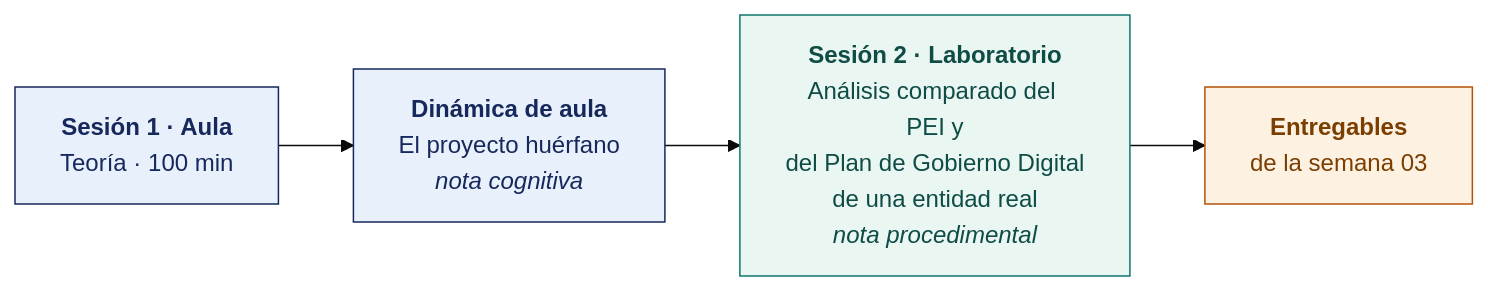
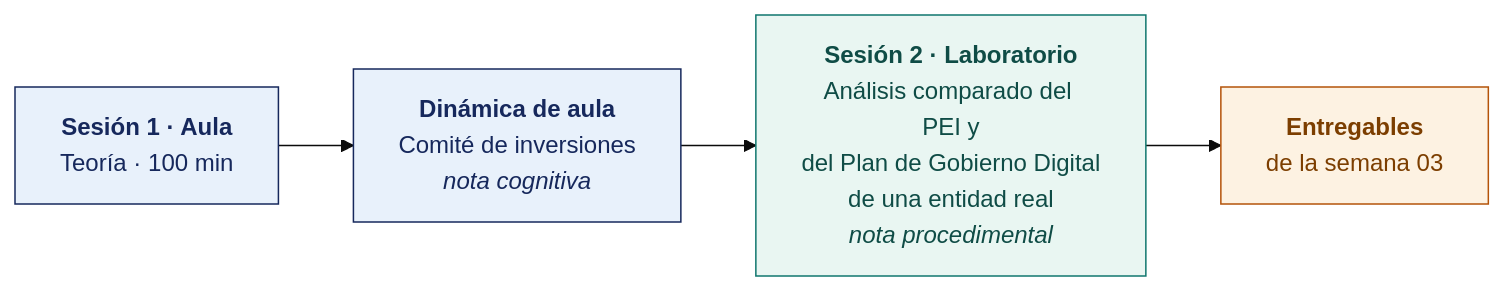
The diagram in SEMANA-03/README.md (OscarJimenezFlores/PETI), drawn with Mermaid (base theme) before and after one commit. The commit also changed other lines of this file and 48 other files, not shown here.

````diff
--- a/SEMANA-03/README.md
+++ b/SEMANA-03/README.md
@@ -49,14 +49,14 @@
 ```mermaid
 flowchart LR
     A["<b>Sesión 1 · Aula</b><br/>Teoría · 100 min"]
-    B["<b>Dinámica de aula</b><br/>El proyecto huérfano<br/><i>nota cognitiva</i>"]
+    B["<b>Dinámica de aula</b><br/>Comité de inversiones<br/><i>nota cognitiva</i>"]
     C["<b>Sesión 2 · Laboratorio</b><br/>Análisis comparado del PEI y<br/>del Plan de Gobierno Digital<br/>de una entidad real<br/><i>nota procedimental</i>"]
     D["<b>Entregables</b><br/>de la semana 03"]
     A --> B --> C --> D
     classDef aula fill:#E8F1FB,stroke:#16285C,stroke-width:1px,color:#16285C;
     classDef lab fill:#E9F6F2,stroke:#0F766E,stroke-width:1px,color:#0F4C46;
     classDef ent fill:#FDF2E2,stroke:#B45309,stroke-width:1px,color:#7C3E00;
     class A,B aula;
     class C lab;
     class D ent;
 ```
````
